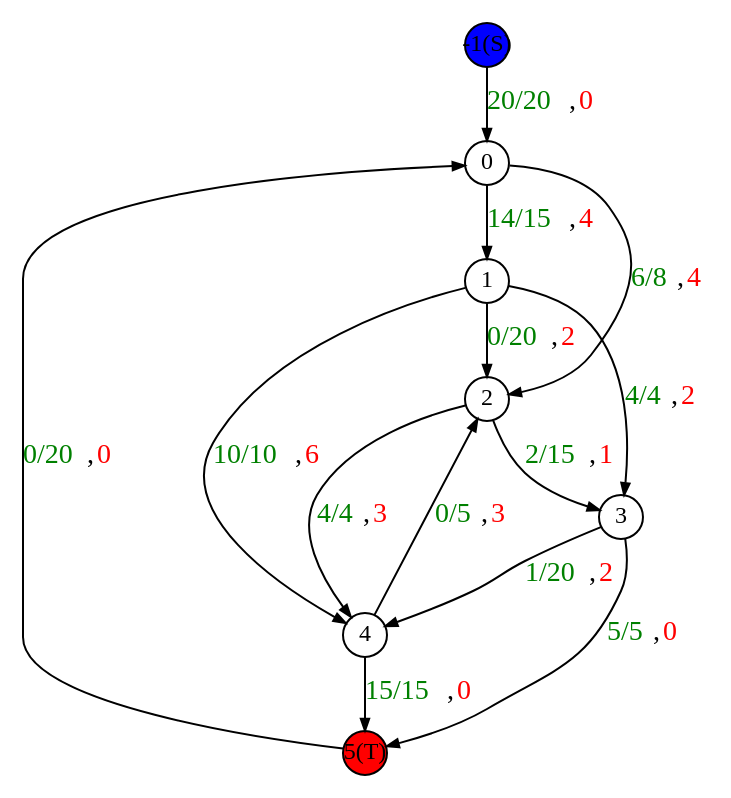
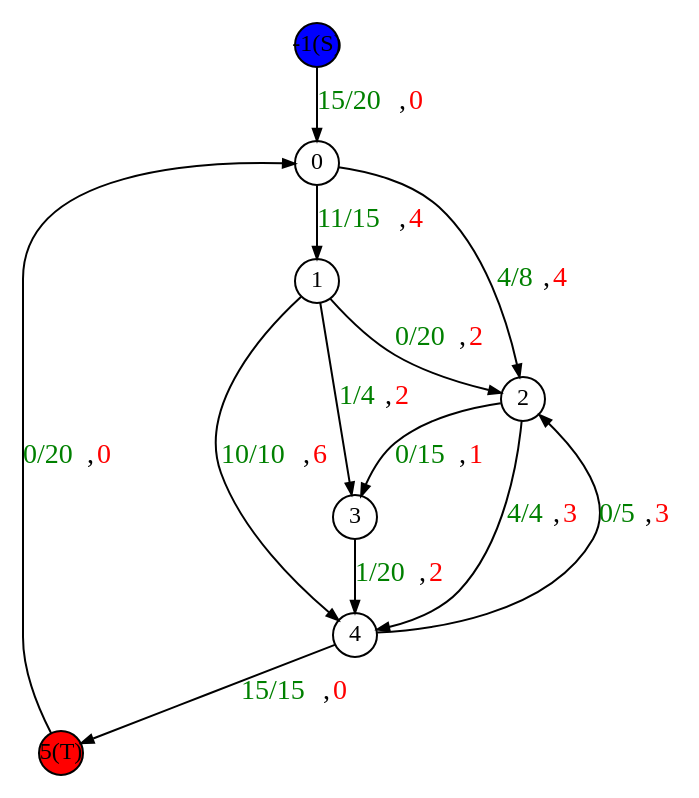
One commit to jadefre/Op_Research_Projet_FRELAT_Jade changed the diagram in output/test4_max_flow.dot. Above: the diagram before and after it, drawn with Graphviz. The commit also changed 18 other files, not shown here.

```diff
--- a/output/test4_max_flow.dot
+++ b/output/test4_max_flow.dot
@@ -1,20 +1,19 @@
 digraph G {
   graph [nodesep="0.3", ranksep="0.3", fontsize=12]
   node [shape=circle, fixedsize=true, width=.3, height=.3, fontsize=12]
   edge [arrowsize=0.6]
   -1 [style=filled, fillcolor=blue, label="-1(S)"]
   5 [style=filled, fillcolor=red, label="5(T)"]
- -1 -> 0 [label=<<font color="green">20/20</font>,<font color="red">0</font>>]
- 0 -> 1 [label=<<font color="green">14/15</font>,<font color="red">4</font>>]
- 0 -> 2 [label=<<font color="green">6/8</font>,<font color="red">4</font>>]
+ -1 -> 0 [label=<<font color="green">15/20</font>,<font color="red">0</font>>]
+ 0 -> 1 [label=<<font color="green">11/15</font>,<font color="red">4</font>>]
+ 0 -> 2 [label=<<font color="green">4/8</font>,<font color="red">4</font>>]
  1 -> 2 [label=<<font color="green">0/20</font>,<font color="red">2</font>>]
- 1 -> 3 [label=<<font color="green">4/4</font>,<font color="red">2</font>>]
+ 1 -> 3 [label=<<font color="green">1/4</font>,<font color="red">2</font>>]
  1 -> 4 [label=<<font color="green">10/10</font>,<font color="red">6</font>>]
- 2 -> 3 [label=<<font color="green">2/15</font>,<font color="red">1</font>>]
+ 2 -> 3 [label=<<font color="green">0/15</font>,<font color="red">1</font>>]
  2 -> 4 [label=<<font color="green">4/4</font>,<font color="red">3</font>>]
  3 -> 4 [label=<<font color="green">1/20</font>,<font color="red">2</font>>]
  4 -> 2 [label=<<font color="green">0/5</font>,<font color="red">3</font>>]
- 3 -> 5 [label=<<font color="green">5/5</font>,<font color="red">0</font>>]
  4 -> 5 [label=<<font color="green">15/15</font>,<font color="red">0</font>>]
  5 -> 0 [label=<<font color="green">0/20</font>,<font color="red">0</font>>]
 }
```
